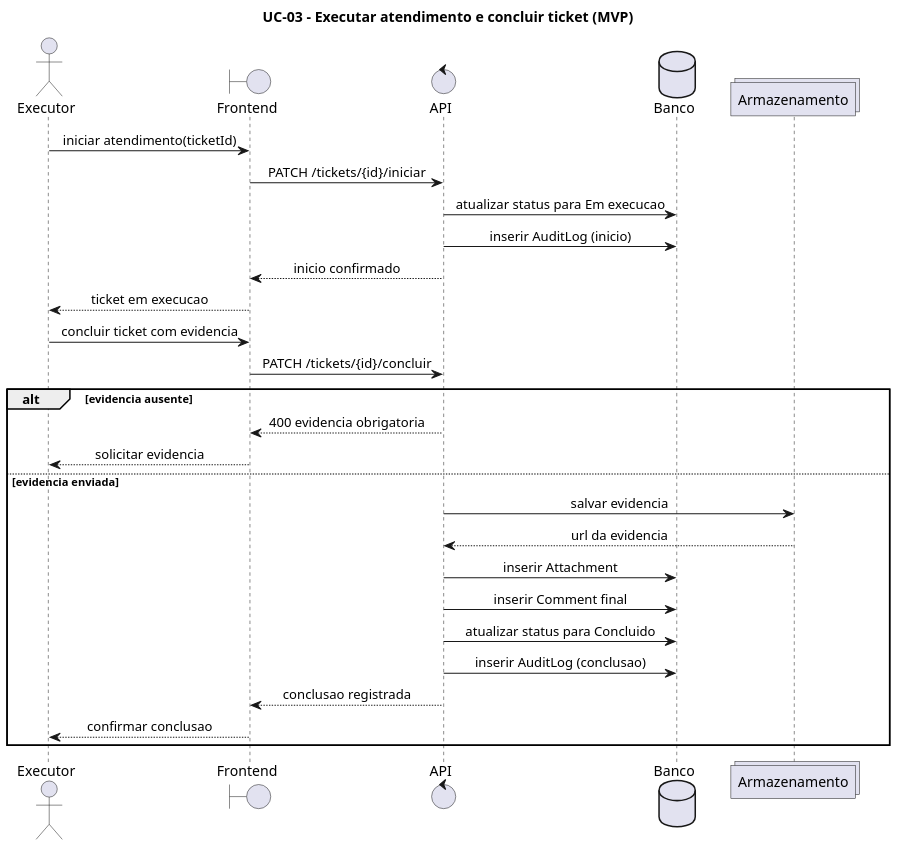
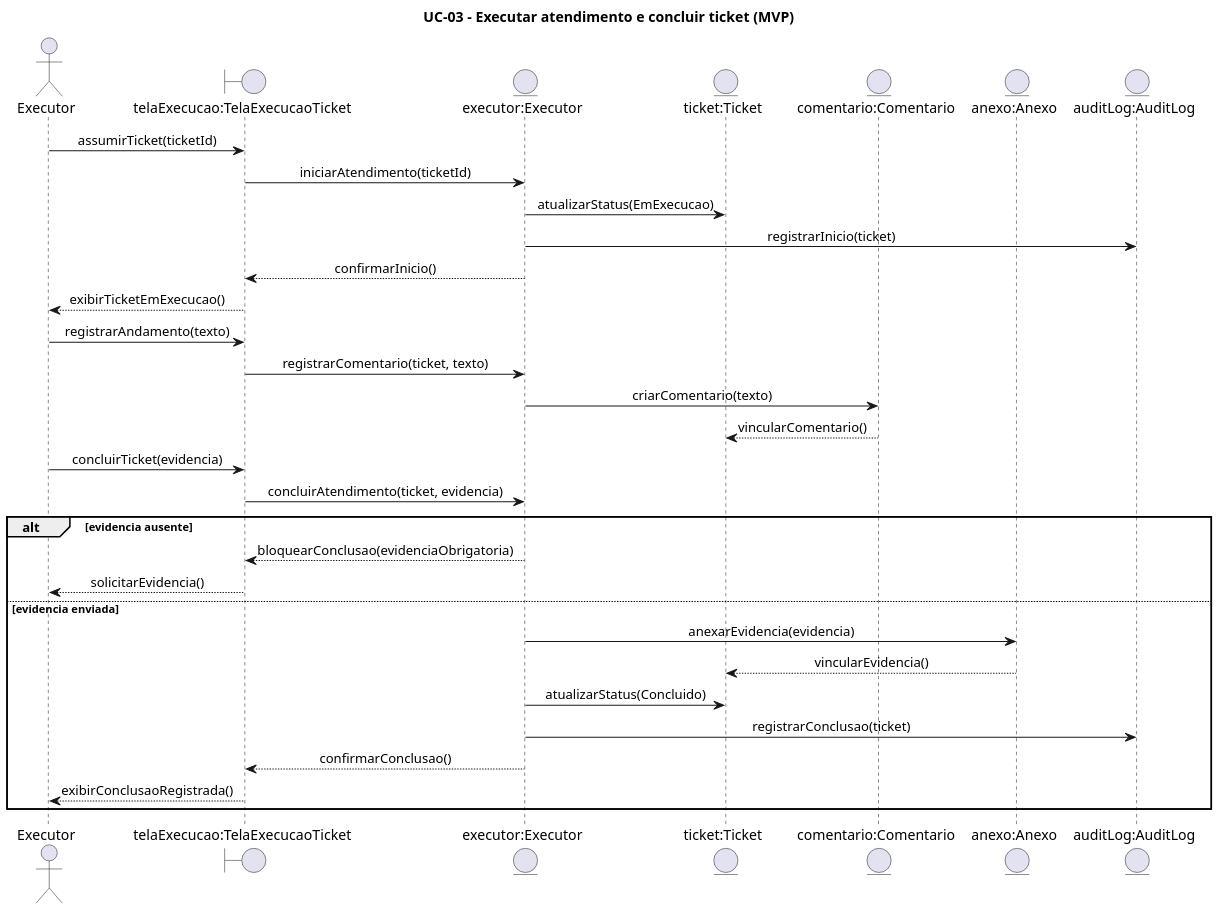
The diagram in docs/diagramas/diagrama-sequencia-uc03-execucao-conclusao.puml (araujoviana/lab-eng-software-grupo10), drawn with PlantUML before and after one commit. The commit also changed 11 other files, not shown here.

```diff
--- a/docs/diagramas/diagrama-sequencia-uc03-execucao-conclusao.puml
+++ b/docs/diagramas/diagrama-sequencia-uc03-execucao-conclusao.puml
@@ -1,40 +1,45 @@
 @startuml
 skinparam shadowing false
 skinparam dpi 140
 skinparam sequenceMessageAlign center
 skinparam ParticipantPadding 20
 skinparam BoxPadding 10
 
 title UC-03 - Executar atendimento e concluir ticket (MVP)
 
-actor Executor
-boundary Frontend
-control API
-database Banco
-collections Armazenamento
+actor AtorExecutor as "Executor"
+boundary "telaExecucao:TelaExecucaoTicket" as Tela
+entity "executor:Executor" as Executor
+entity "ticket:Ticket" as Ticket
+entity "comentario:Comentario" as Comentario
+entity "anexo:Anexo" as Anexo
+entity "auditLog:AuditLog" as AuditLog
 
-Executor -> Frontend: iniciar atendimento(ticketId)
-Frontend -> API: PATCH /tickets/{id}/iniciar
-API -> Banco: atualizar status para Em execucao
-API -> Banco: inserir AuditLog (inicio)
-API --> Frontend: inicio confirmado
-Frontend --> Executor: ticket em execucao
+AtorExecutor -> Tela: assumirTicket(ticketId)
+Tela -> Executor: iniciarAtendimento(ticketId)
+Executor -> Ticket: atualizarStatus(EmExecucao)
+Executor -> AuditLog: registrarInicio(ticket)
+Executor --> Tela: confirmarInicio()
+Tela --> AtorExecutor: exibirTicketEmExecucao()
 
-Executor -> Frontend: concluir ticket com evidencia
-Frontend -> API: PATCH /tickets/{id}/concluir
+AtorExecutor -> Tela: registrarAndamento(texto)
+Tela -> Executor: registrarComentario(ticket, texto)
+Executor -> Comentario: criarComentario(texto)
+Comentario --> Ticket: vincularComentario()
+
+AtorExecutor -> Tela: concluirTicket(evidencia)
+Tela -> Executor: concluirAtendimento(ticket, evidencia)
 
 alt evidencia ausente
-  API --> Frontend: 400 evidencia obrigatoria
-  Frontend --> Executor: solicitar evidencia
+  Executor --> Tela: bloquearConclusao(evidenciaObrigatoria)
+  Tela --> AtorExecutor: solicitarEvidencia()
 else evidencia enviada
-  API -> Armazenamento: salvar evidencia
-  Armazenamento --> API: url da evidencia
-  API -> Banco: inserir Attachment
-  API -> Banco: inserir Comment final
-  API -> Banco: atualizar status para Concluido
-  API -> Banco: inserir AuditLog (conclusao)
-  API --> Frontend: conclusao registrada
-  Frontend --> Executor: confirmar conclusao
+  Executor -> Anexo: anexarEvidencia(evidencia)
+  Anexo --> Ticket: vincularEvidencia()
+  Executor -> Ticket: atualizarStatus(Concluido)
+  Executor -> AuditLog: registrarConclusao(ticket)
+  Executor --> Tela: confirmarConclusao()
+  Tela --> AtorExecutor: exibirConclusaoRegistrada()
 end
 
 @enduml
```
